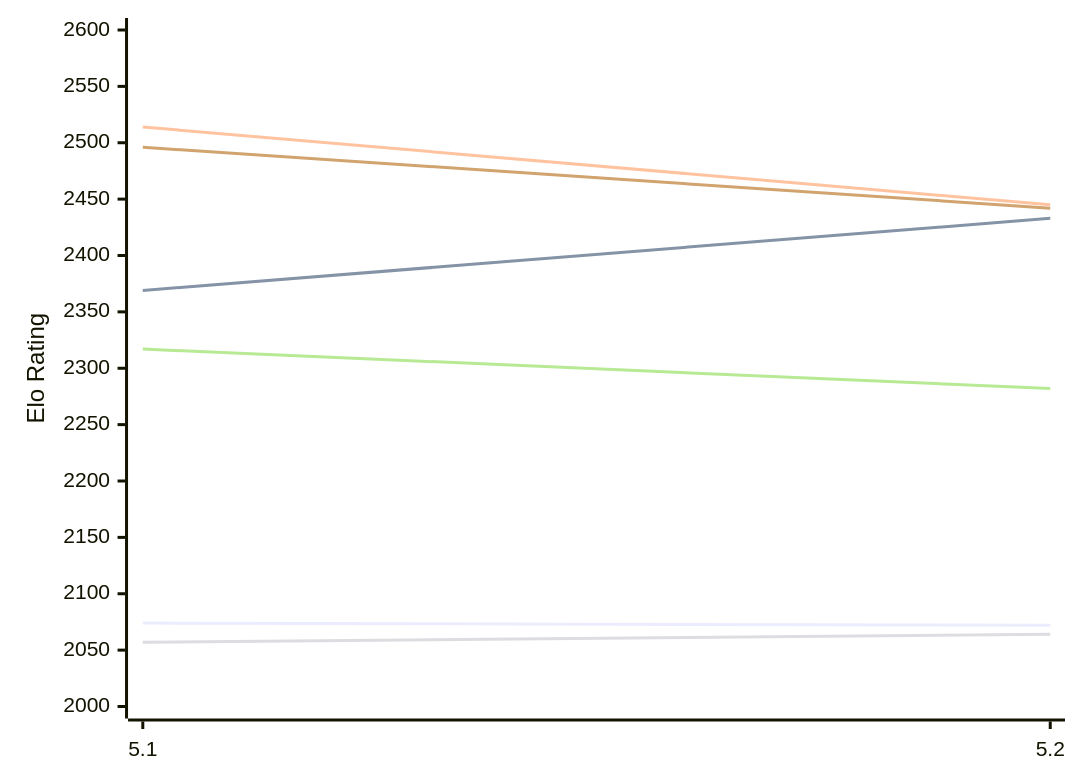
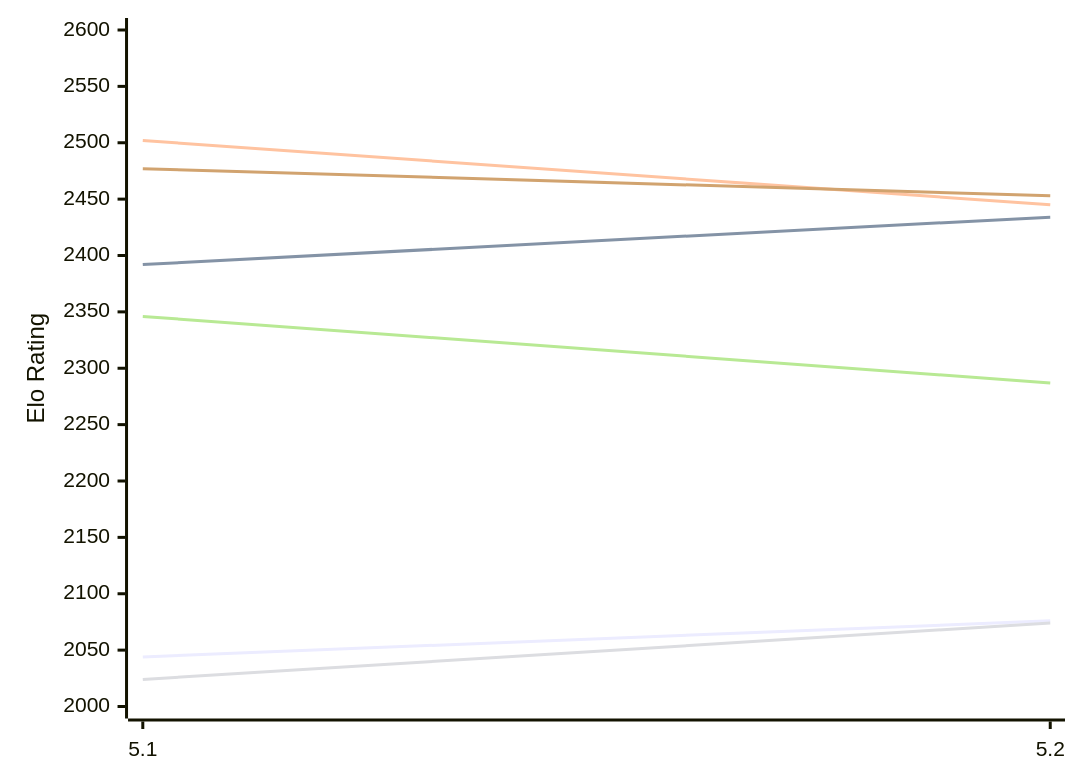
The first of 2 diagrams in engines/Prophet.md (computer-chess-index/cci), drawn with Mermaid before and after one commit. The commit also changed other lines of this file, not shown here.

Commit message:
Update CCI Ratings (ELO VLTC) - 2026-11-17

````diff
--- a/engines/Prophet.md
+++ b/engines/Prophet.md
@@ -50,12 +50,12 @@
 ```mermaid
 %%{init: {"theme":"base","themeVariables":{"seriesColors:['#a3a3a3','#222221','#faa371']}}}%%
 xychart-beta
   x-axis ["5.1", "5.2"]
   y-axis "Elo Rating" 2000 --> 2600
-  line "E1: STC (8.0+0.08s)" [2074, 2072]
-  line "E1: LTC (60.0+0.60s)" [2369, 2433]
-  line "E1: VLTC (2m24s+1.12s)" [2514, 2445]
-  line "P1: STC (8.0+0.08s)" [2057, 2064]
-  line "P1: LTC (60.0+0.60s)" [2317, 2282]
-  line "P1: VLTC (2m24s+1.12s)" [2496, 2442]
+  line "E1: STC (8.0+0.08s)" [2044, 2076]
+  line "E1: LTC (60.0+0.60s)" [2392, 2434]
+  line "E1: VLTC (2m24s+1.12s)" [2502, 2445]
+  line "P1: STC (8.0+0.08s)" [2024, 2074]
+  line "P1: LTC (60.0+0.60s)" [2346, 2287]
+  line "P1: VLTC (2m24s+1.12s)" [2477, 2453]
 ```
````
